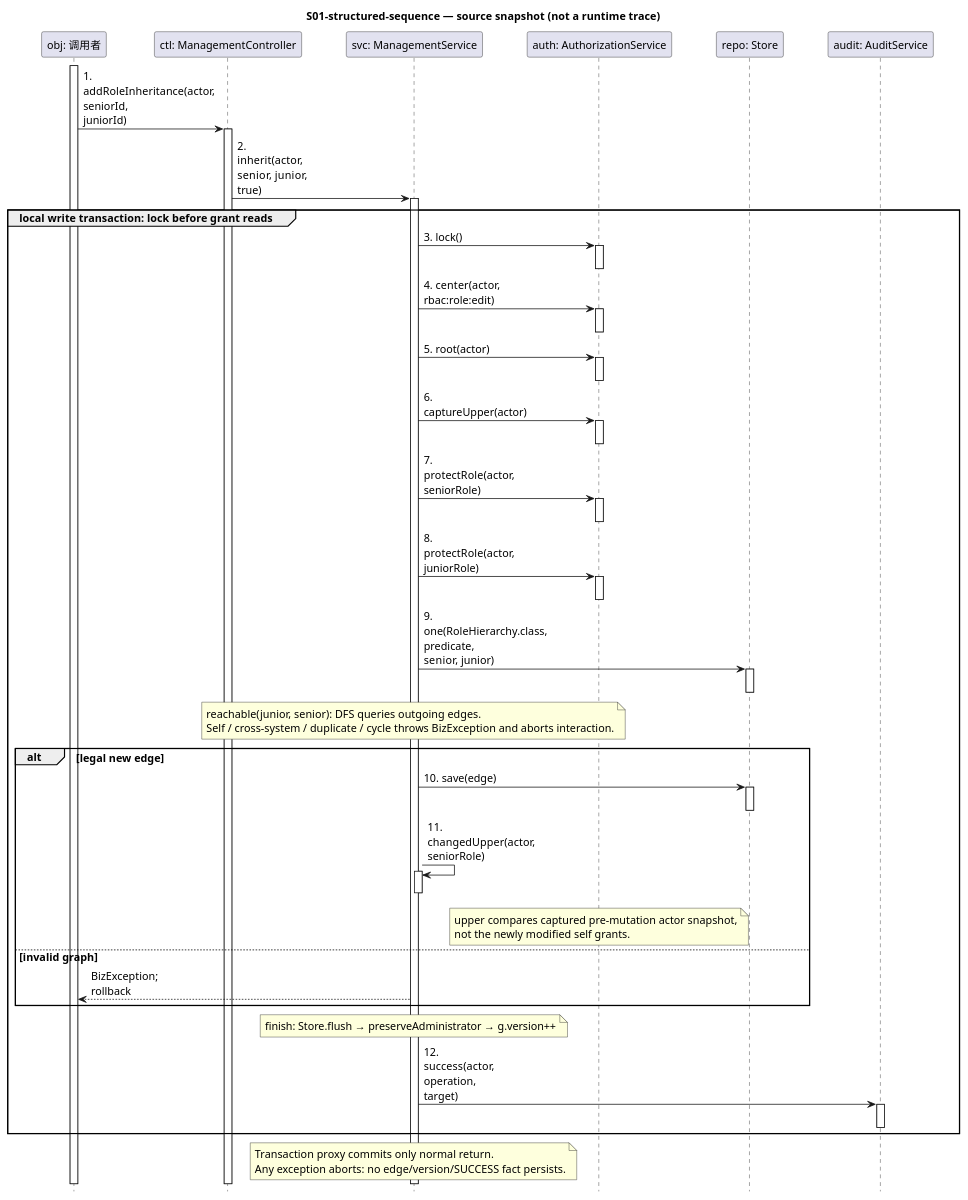
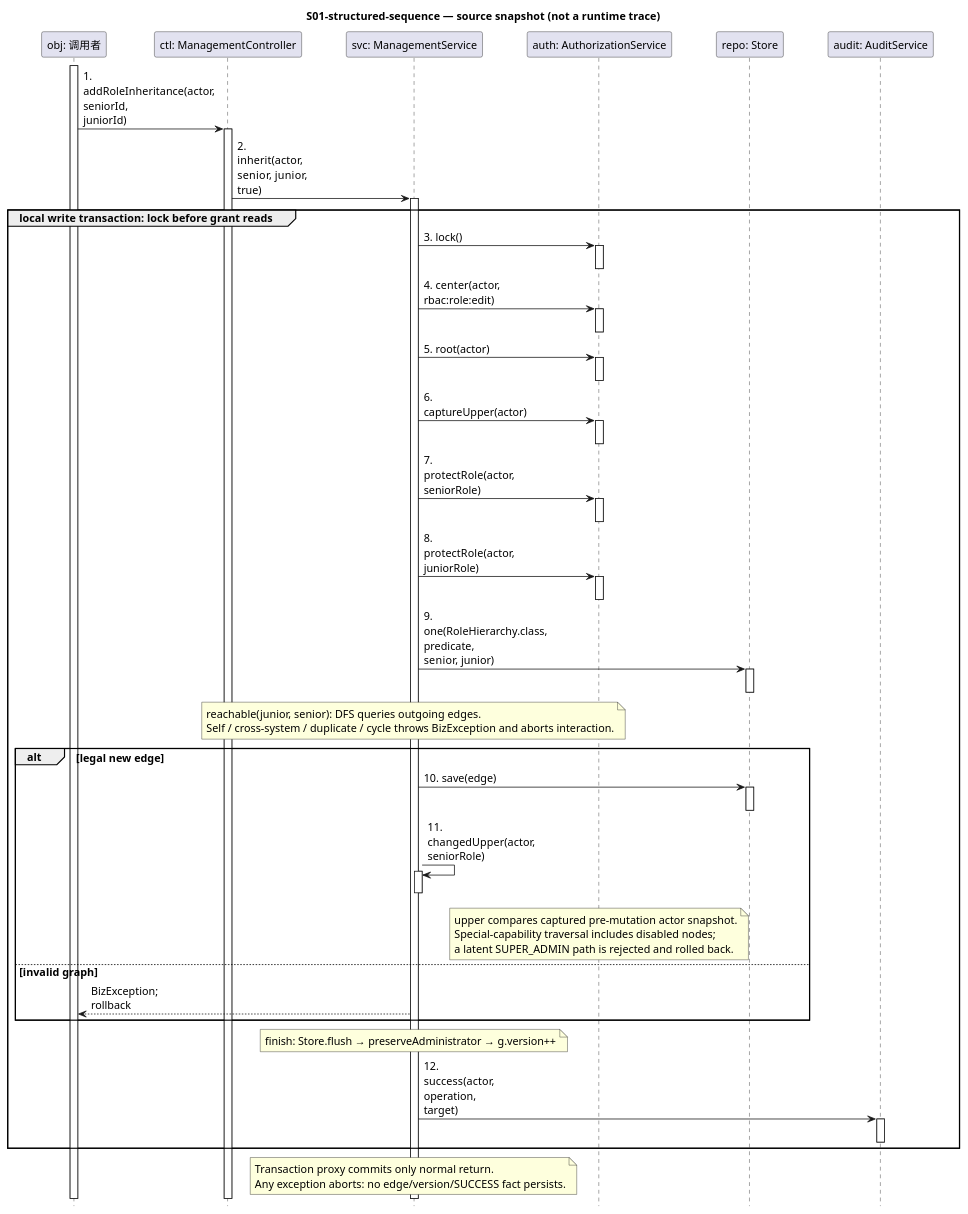
Before and after one commit to tang-new/OOAD: the diagram in docs/design/S01-structured-sequence.puml, drawn with PlantUML. The commit also changed 22 other files, not shown here.

Commit message:
[C/I5] docs: record scoped regression evidence and synchronize role diagrams

```diff
--- a/docs/design/S01-structured-sequence.puml
+++ b/docs/design/S01-structured-sequence.puml
@@ -1,75 +1,76 @@
 @startuml
 hide footbox
 skinparam defaultFontName Microsoft YaHei
 skinparam defaultFontSize 14
 skinparam ParticipantPadding 24
 skinparam BoxPadding 12
 skinparam sequenceMessageAlign left
 skinparam maxMessageSize 100
 title S01-structured-sequence — source snapshot (not a runtime trace)
 participant "obj: 调用者" as obj
 participant "ctl: ManagementController" as ctl
 participant "svc: ManagementService" as svc
 participant "auth: AuthorizationService" as auth
 participant "repo: Store" as repo
 participant "audit: AuditService" as audit
 activate obj
 obj -> ctl: 1. addRoleInheritance(actor, seniorId, juniorId)
 activate ctl
 ctl -> svc: 2. inherit(actor, senior, junior, true)
 activate svc
 group local write transaction: lock before grant reads
 svc -> auth: 3. lock()
 activate auth
 deactivate auth
 svc -> auth: 4. center(actor, rbac:role:edit)
 activate auth
 deactivate auth
 svc -> auth: 5. root(actor)
 activate auth
 deactivate auth
 svc -> auth: 6. captureUpper(actor)
 activate auth
 deactivate auth
 svc -> auth: 7. protectRole(actor, seniorRole)
 activate auth
 deactivate auth
 svc -> auth: 8. protectRole(actor, juniorRole)
 activate auth
 deactivate auth
 svc -> repo: 9. one(RoleHierarchy.class, predicate, senior, junior)
 activate repo
 deactivate repo
 note over svc
 reachable(junior, senior): DFS queries outgoing edges.
 Self / cross-system / duplicate / cycle throws BizException and aborts interaction.
 end note
 alt legal new edge
 svc -> repo: 10. save(edge)
 activate repo
 deactivate repo
 svc -> svc: 11. changedUpper(actor, seniorRole)
 activate svc
 deactivate svc
 note over auth
-upper compares captured pre-mutation actor snapshot,
-not the newly modified self grants.
+upper compares captured pre-mutation actor snapshot.
+Special-capability traversal includes disabled nodes;
+a latent SUPER_ADMIN path is rejected and rolled back.
 end note
 else invalid graph
 svc --> obj: BizException; rollback
 end
 note over svc
 finish: Store.flush → preserveAdministrator → g.version++
 end note
 svc -> audit: 12. success(actor, operation, target)
 activate audit
 deactivate audit
 end
 note over svc
 Transaction proxy commits only normal return.
 Any exception aborts: no edge/version/SUCCESS fact persists.
 end note
 deactivate svc
 deactivate ctl
 deactivate obj
 @enduml
```
